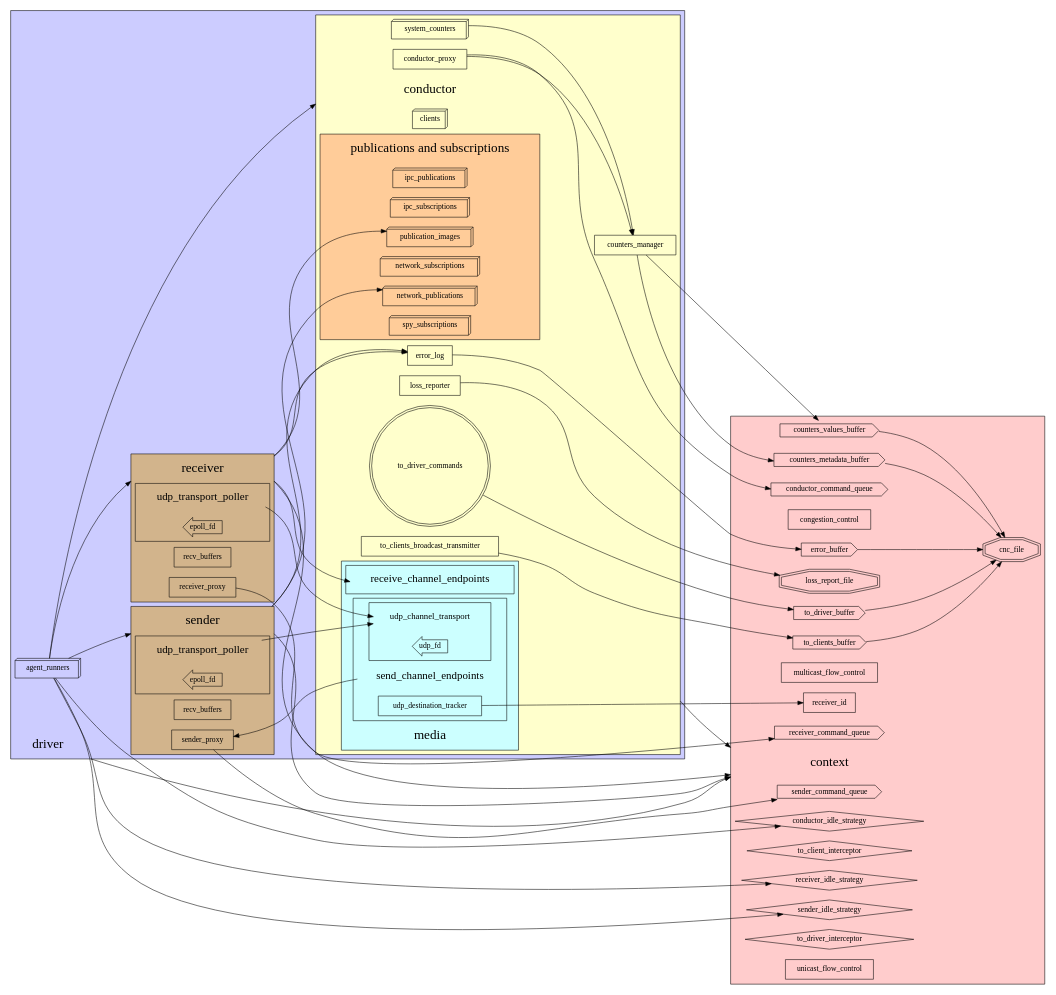
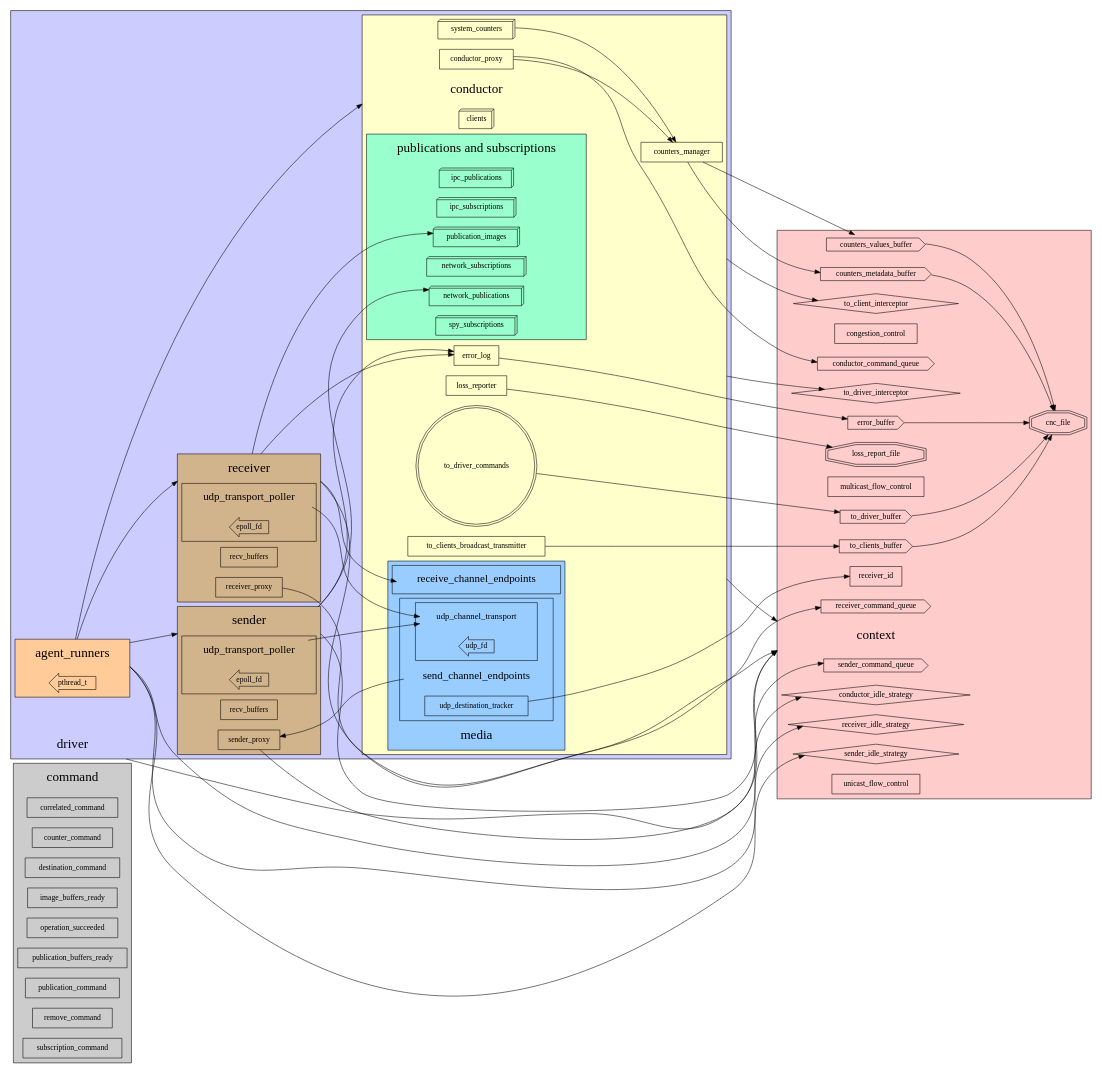
Before and after one commit to khklau/aeron-dpdk-driver: the diagram in doc/c_driver.dot, drawn with Graphviz.

Commit message:
adding the driver commands used by the conductor

```diff
--- a/doc/c_driver.dot
+++ b/doc/c_driver.dot
@@ -3,6 +3,23 @@
     ranksep=1.5;
     rankdir=LR;
     compound=true;
+
+    subgraph cluster_command {
+        style = filled;
+        fillcolor = "#cccccc";
+
+        command [ label="command" shape="none" fontsize=24 ];
+
+        correlated_command [ label="correlated_command" shape="record" ];
+        counter_command [ label="counter_command" shape="record" ];
+        destination_command [ label="destination_command" shape="record" ];
+        image_buffers_ready [ label="image_buffers_ready" shape="record" ];
+        operation_succeeded [ label="operation_succeeded" shape="record" ];
+        publication_buffers_ready [ label="publication_buffers_ready" shape="record" ];
+        publication_command [ label="publication_command" shape="record" ];
+        remove_command [ label="remove_command" shape="record" ];
+        subscription_command [ label="subscription_command" shape="record" ];
+    }
 
     subgraph cluster_context {
         style = filled;
@@ -43,7 +60,14 @@
 
         driver [ label="driver" shape="none" fontsize=24 ];
 
-        agent_runners [ label="agent_runners" shape="box3d" ];
+        subgraph cluster_agent_runners {
+            style = filled;
+            fillcolor = "#ffcc99";
+
+            agent_runners [ label="agent_runners" shape="none" fontsize=24 ];
+
+            pthread_t [ label="pthread_t" shape="larrow" ];
+        }
 
         subgraph cluster_conductor {
             style = filled;
@@ -62,20 +86,20 @@
 
             subgraph cluster_media {
                 style = filled;
-                fillcolor = "#ccffff";
+                fillcolor = "#99ccff";
 
                 media [ label="media" shape="none" fontsize=24 ];
 
                 subgraph cluster_receive_channel_endpoints {
                     style = filled;
-                    fillcolor = "#ccffff";
+                    fillcolor = "#99ccff";
 
                     receive_channel_endpoints [ label="receive_channel_endpoints" shape="none" fontsize=20 ];
                 }
 
                 subgraph cluster_send_channel_endpoints {
                     style = filled;
-                    fillcolor = "#ccffff";
+                    fillcolor = "#99ccff";
 
                     send_channel_endpoints [ label="send_channel_endpoints" shape="none" fontsize=20 ];
 
@@ -83,7 +107,7 @@
 
                     subgraph cluster_udp_channel_transport {
                         style = filled;
-                        fillcolor = "#ccffff";
+                        fillcolor = "#99ccff";
 
                         udp_channel_transport [ label="udp_channel_transport" shape="none" fontsize=16 ];
 
@@ -94,7 +118,7 @@
 
             subgraph cluster_pubsub {
                 style = filled;
-                fillcolor = "#ffcc99";
+                fillcolor = "#99ffcc";
 
                 pubsub [ label="publications and subscriptions" shape="none" fontsize=24 ];
 
@@ -145,17 +169,19 @@
             }
         }
 
-        agent_runners -> conductor [ lhead=cluster_conductor ];
-        agent_runners -> conductor_idle_strategy;
-        agent_runners -> receiver [ lhead=cluster_receiver ];
-        agent_runners -> receiver_idle_strategy;
-        agent_runners -> sender [ lhead=cluster_sender ];
-        agent_runners -> sender_idle_strategy;
+        agent_runners -> conductor [ ltail=cluster_agent_runners, lhead=cluster_conductor ];
+        agent_runners -> conductor_idle_strategy [ ltail=cluster_agent_runners ];
+        agent_runners -> receiver [ ltail=cluster_agent_runners, lhead=cluster_receiver ];
+        agent_runners -> receiver_idle_strategy [ ltail=cluster_agent_runners ];
+        agent_runners -> sender [ ltail=cluster_agent_runners, lhead=cluster_sender ];
+        agent_runners -> sender_idle_strategy [ ltail=cluster_agent_runners ];
         receiver_udp_transport_poller -> udp_channel_transport;
         sender_udp_transport_poller -> udp_channel_transport;
     }
 
     conductor -> context [ ltail=cluster_conductor, lhead=cluster_context ];
+    conductor -> to_client_interceptor [ ltail=cluster_conductor ];
+    conductor -> to_driver_interceptor [ ltail=cluster_conductor ];
     conductor_proxy -> conductor_command_queue;
     conductor_proxy -> counters_manager;
     counters_manager -> counters_metadata_buffer;
```
